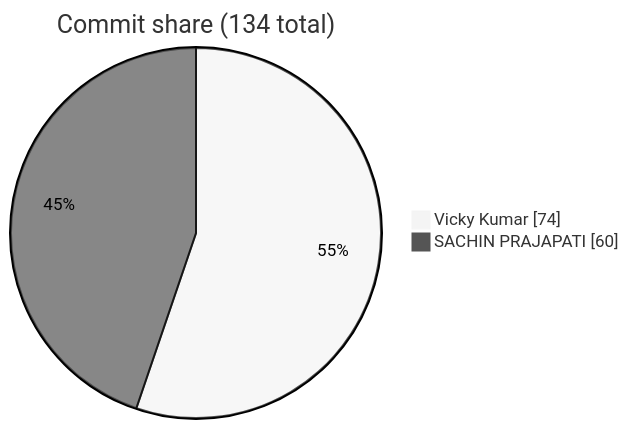
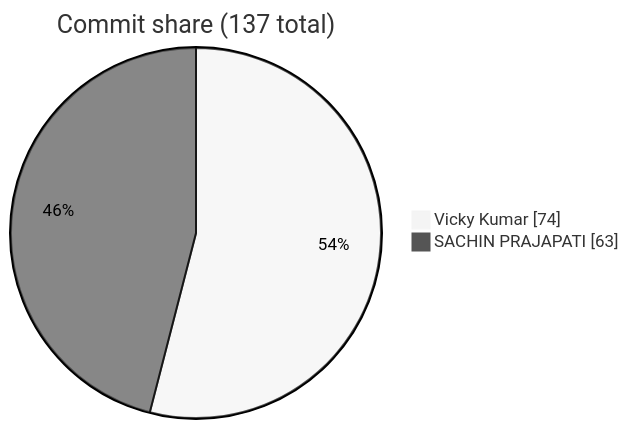
The seventh of 7 diagrams in README.md (FiscalMindset/Clipo), drawn with Mermaid (neutral theme) before and after one commit.

Commit message:
docs(readme): auto-update contributor stats and star history

````diff
--- a/README.md
+++ b/README.md
@@ -752,5 +752,5 @@
 ```mermaid
-pie showData title Commit share (134 total)
+pie showData title Commit share (137 total)
     "Vicky Kumar" : 74
-    "SACHIN PRAJAPATI" : 60
+    "SACHIN PRAJAPATI" : 63
 ```
````
